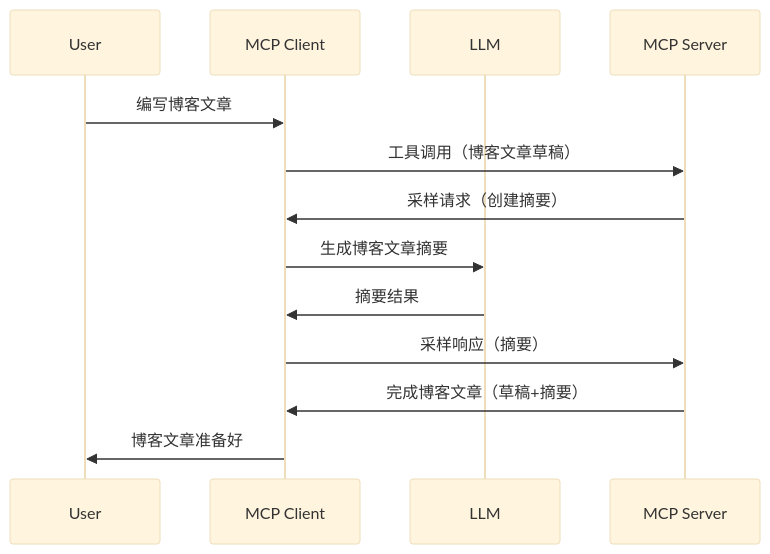
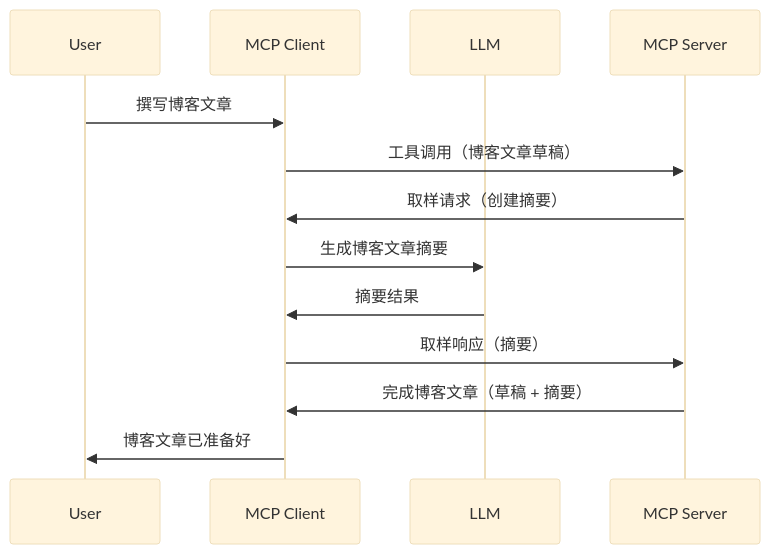
Before and after one commit to HIDORAKAI002/ai-workspace-archive: the diagram in mcp_ecosystem__model_context_protocol/mcp_learning_resources/mcp-for-beginners/translations/zh-CN/03-GettingStarted/14-sampling/README.md, drawn with Mermaid (base theme). The commit also changed other lines of this file and 1160 other files, not shown here.

````diff
--- a/mcp_ecosystem__model_context_protocol/mcp_learning_resources/mcp-for-beginners/translations/zh-CN/03-GettingStarted/14-sampling/README.md
+++ b/mcp_ecosystem__model_context_protocol/mcp_learning_resources/mcp-for-beginners/translations/zh-CN/03-GettingStarted/14-sampling/README.md
@@ -23,16 +23,16 @@
 ```mermaid
 sequenceDiagram
     participant User
     participant MCP Client
     participant LLM
     participant MCP Server
 
-    User->>MCP Client: 编写博客文章
+    User->>MCP Client: 撰写博客文章
     MCP Client->>MCP Server: 工具调用（博客文章草稿）
-    MCP Server->>MCP Client: 采样请求（创建摘要）
+    MCP Server->>MCP Client: 取样请求（创建摘要）
     MCP Client->>LLM: 生成博客文章摘要
     LLM->>MCP Client: 摘要结果
-    MCP Client->>MCP Server: 采样响应（摘要）
-    MCP Server->>MCP Client: 完成博客文章（草稿+摘要）
-    MCP Client->>User: 博客文章准备好
+    MCP Client->>MCP Server: 取样响应（摘要）
+    MCP Server->>MCP Client: 完成博客文章（草稿 + 摘要）
+    MCP Client->>User: 博客文章已准备好
 ```
````
